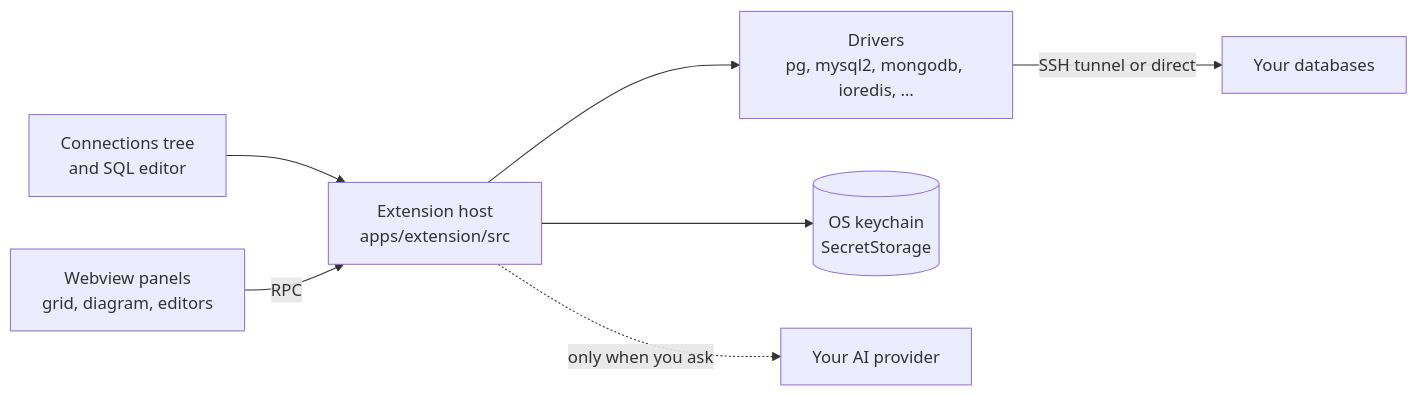
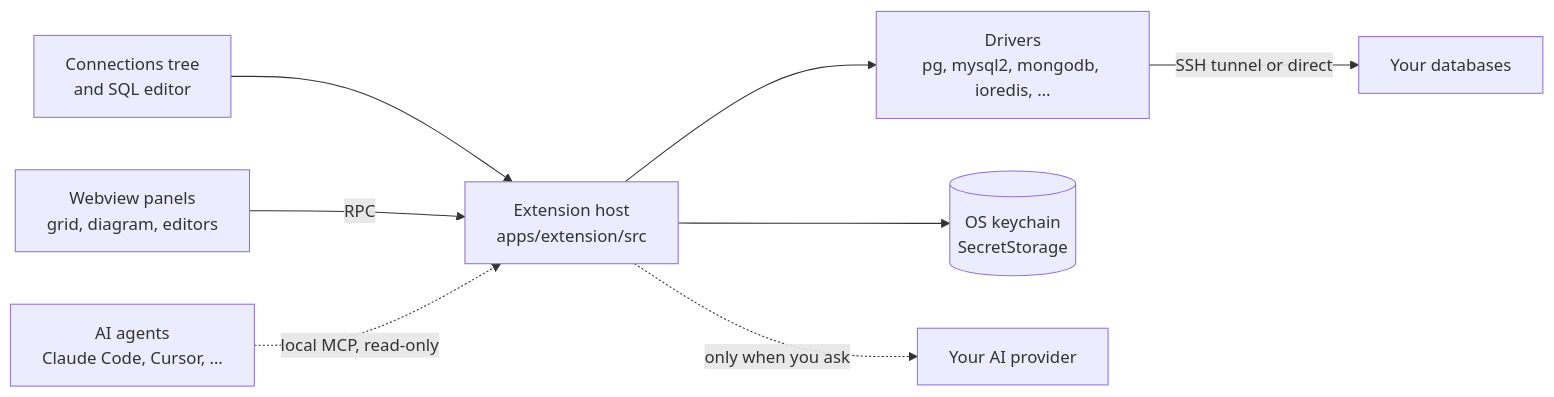
The diagram in README.md (jurasw/dbdeck), drawn with Mermaid before and after one commit. The commit also changed other lines of this file and 24 other files, not shown here.

````diff
--- a/README.md
+++ b/README.md
@@ -129,9 +130,10 @@
 ```mermaid
 flowchart LR
   tree["Connections tree<br>and SQL editor"] --> host
   panels["Webview panels<br>grid, diagram, editors"] -- RPC --> host
   host["Extension host<br>apps/extension/src"] --> drivers["Drivers<br>pg, mysql2, mongodb, ioredis, …"]
   host --> secrets[("OS keychain<br>SecretStorage")]
   drivers -- "SSH tunnel or direct" --> dbs["Your databases"]
   host -. "only when you ask" .-> ai["Your AI provider"]
+  agents["AI agents<br>Claude Code, Cursor, …"] -. "local MCP, read-only" .-> host
 ```
````
